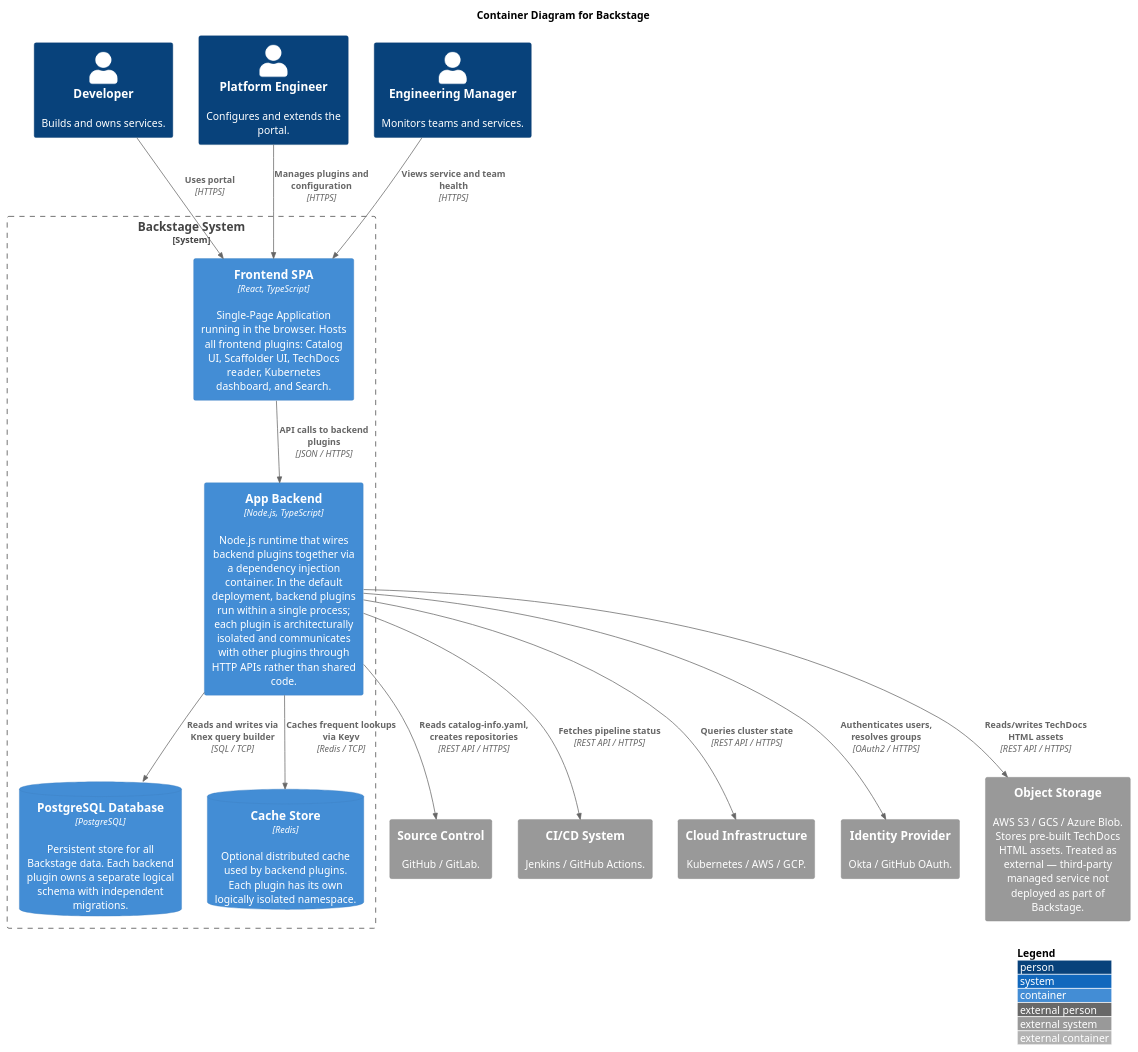
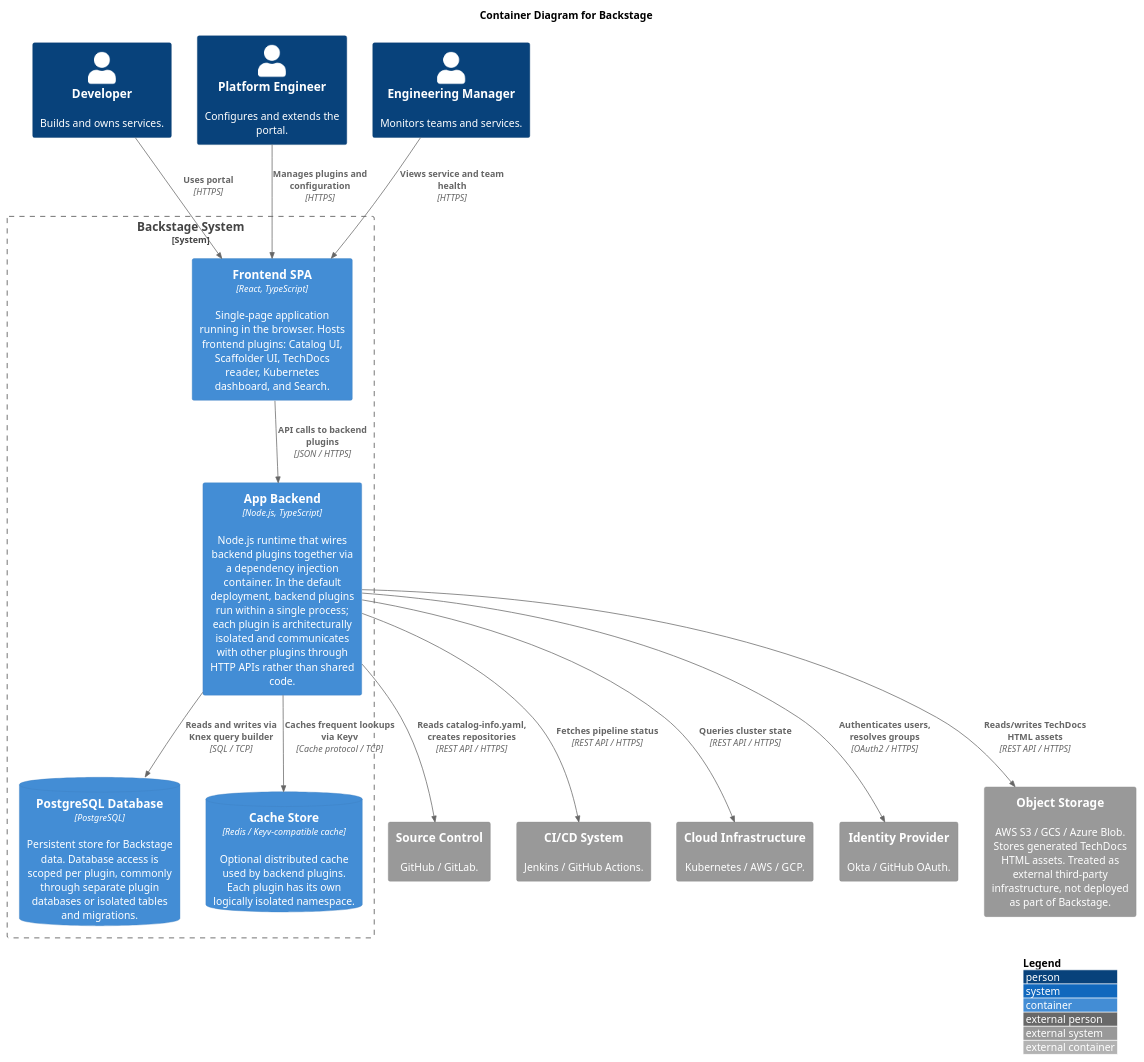
One commit to Group06-SwDA/Project changed the diagram in notes/architecture/diagrams/container-diagram.puml. Above: the diagram before and after it, drawn with PlantUML. The commit also changed 10 other files, not shown here.

Commit message:
feat: updated resport and diagrams

```diff
--- a/notes/architecture/diagrams/container-diagram.puml
+++ b/notes/architecture/diagrams/container-diagram.puml
@@ -1,36 +1,36 @@
 @startuml
-!include https://raw.githubusercontent.com/plantuml-stdlib/C4-PlantUML/master/C4_Container.puml
+!include <c4/C4_Container.puml>
 LAYOUT_WITH_LEGEND()
 title Container Diagram for Backstage
 
 Person(developer, "Developer", "Builds and owns services.")
 Person(platform_eng, "Platform Engineer", "Configures and extends the portal.")
 Person(eng_manager, "Engineering Manager", "Monitors teams and services.")
 
 System_Ext(source_control, "Source Control", "GitHub / GitLab.")
 System_Ext(cicd, "CI/CD System", "Jenkins / GitHub Actions.")
 System_Ext(cloud_infra, "Cloud Infrastructure", "Kubernetes / AWS / GCP.")
 System_Ext(idp, "Identity Provider", "Okta / GitHub OAuth.")
-System_Ext(object_storage, "Object Storage", "AWS S3 / GCS / Azure Blob. Stores pre-built TechDocs HTML assets. Treated as external — third-party managed service not deployed as part of Backstage.")
+System_Ext(object_storage, "Object Storage", "AWS S3 / GCS / Azure Blob. Stores generated TechDocs HTML assets. Treated as external third-party infrastructure, not deployed as part of Backstage.")
 
 System_Boundary(backstage_boundary, "Backstage System") {
-    Container(frontend, "Frontend SPA", "React, TypeScript", "Single-Page Application running in the browser. Hosts all frontend plugins: Catalog UI, Scaffolder UI, TechDocs reader, Kubernetes dashboard, and Search.")
+    Container(frontend, "Frontend SPA", "React, TypeScript", "Single-page application running in the browser. Hosts frontend plugins: Catalog UI, Scaffolder UI, TechDocs reader, Kubernetes dashboard, and Search.")
     Container(app_backend, "App Backend", "Node.js, TypeScript", "Node.js runtime that wires backend plugins together via a dependency injection container. In the default deployment, backend plugins run within a single process; each plugin is architecturally isolated and communicates with other plugins through HTTP APIs rather than shared code.")
-    ContainerDb(db, "PostgreSQL Database", "PostgreSQL", "Persistent store for all Backstage data. Each backend plugin owns a separate logical schema with independent migrations.")
-    ContainerDb(cache, "Cache Store", "Redis", "Optional distributed cache used by backend plugins. Each plugin has its own logically isolated namespace.")
+    ContainerDb(db, "PostgreSQL Database", "PostgreSQL", "Persistent store for Backstage data. Database access is scoped per plugin, commonly through separate plugin databases or isolated tables and migrations.")
+    ContainerDb(cache, "Cache Store", "Redis / Keyv-compatible cache", "Optional distributed cache used by backend plugins. Each plugin has its own logically isolated namespace.")
 }
 
 Rel(developer, frontend, "Uses portal", "HTTPS")
 Rel(platform_eng, frontend, "Manages plugins and configuration", "HTTPS")
 Rel(eng_manager, frontend, "Views service and team health", "HTTPS")
 
 Rel(frontend, app_backend, "API calls to backend plugins", "JSON / HTTPS")
 Rel(app_backend, db, "Reads and writes via Knex query builder", "SQL / TCP")
-Rel(app_backend, cache, "Caches frequent lookups via Keyv", "Redis / TCP")
+Rel(app_backend, cache, "Caches frequent lookups via Keyv", "Cache protocol / TCP")
 
 Rel(app_backend, idp, "Authenticates users, resolves groups", "OAuth2 / HTTPS")
 Rel(app_backend, source_control, "Reads catalog-info.yaml, creates repositories", "REST API / HTTPS")
 Rel(app_backend, cicd, "Fetches pipeline status", "REST API / HTTPS")
 Rel(app_backend, cloud_infra, "Queries cluster state", "REST API / HTTPS")
 Rel(app_backend, object_storage, "Reads/writes TechDocs HTML assets", "REST API / HTTPS")
 @enduml
```
